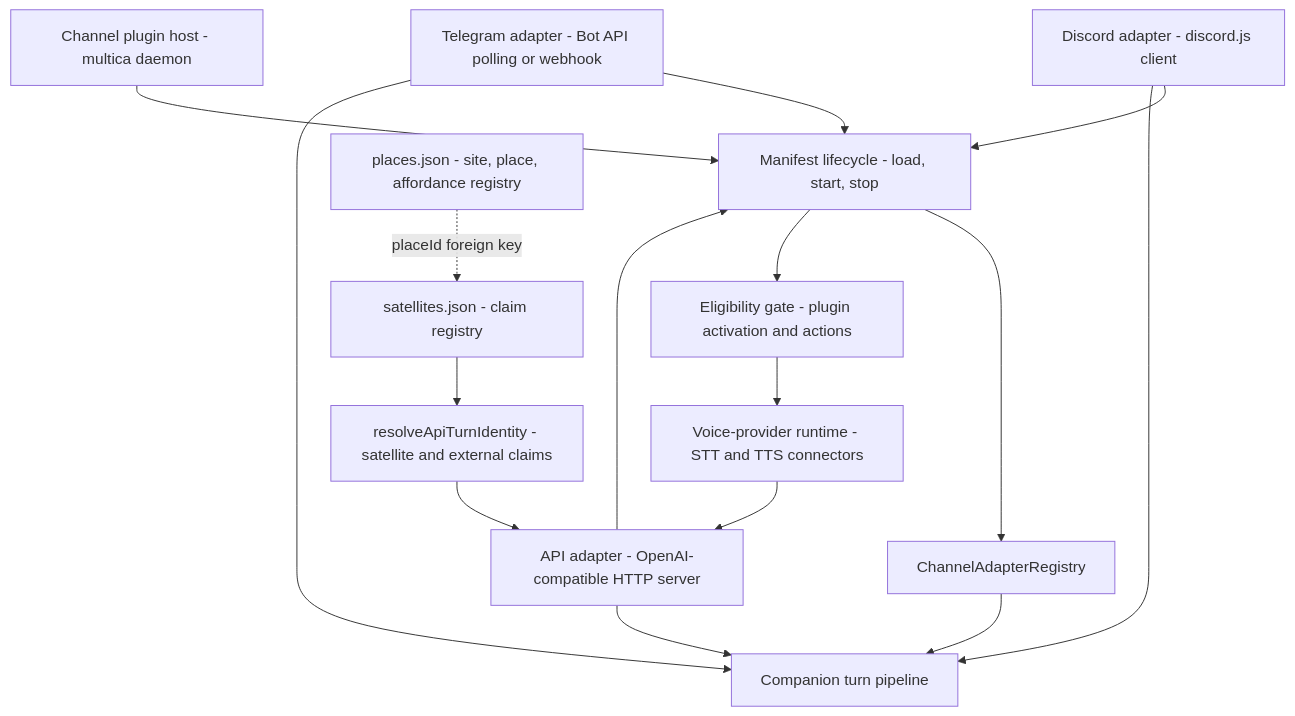
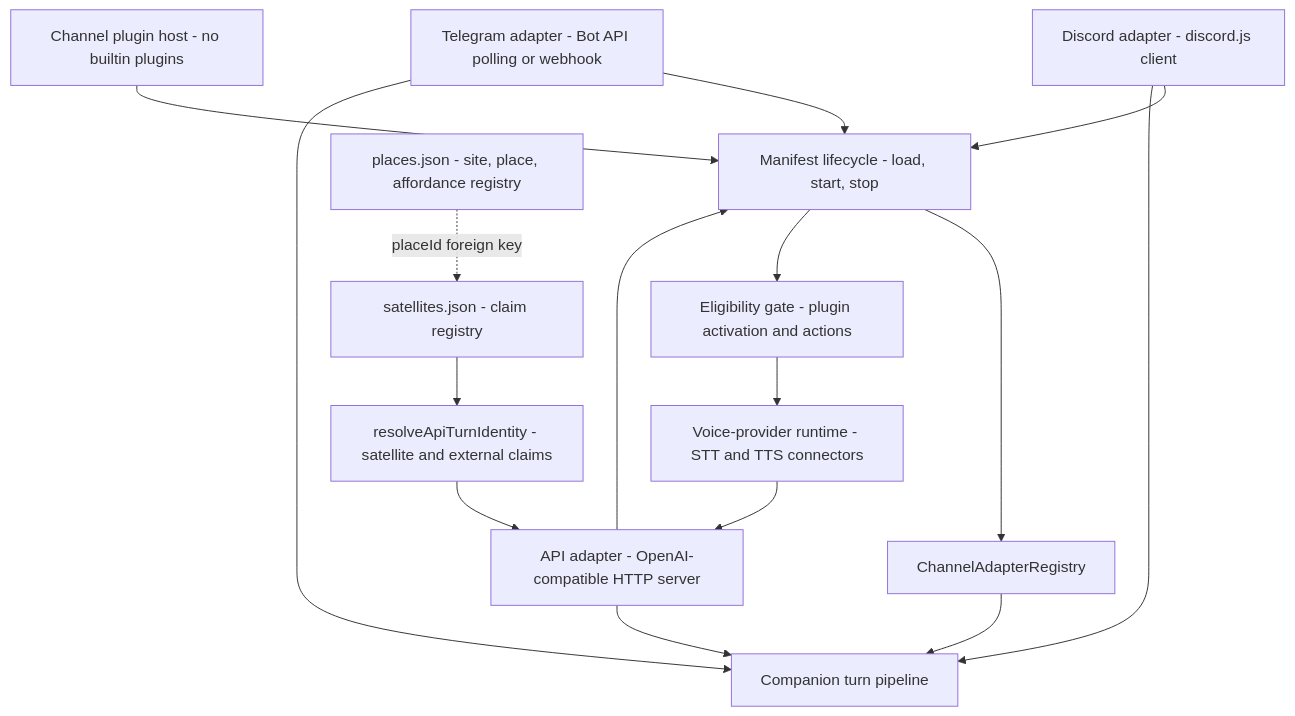
One commit to CGIC-AI/psfn-framework changed the diagram in docs/channels/overview.md. Above: the diagram before and after it, drawn with Mermaid. The commit also changed other lines of this file and 120 other files, not shown here.

First line of the commit message:
chore(channels): remove the Buzz and Multica channel integrations

````diff
--- a/docs/channels/overview.md
+++ b/docs/channels/overview.md
@@ -88,31 +87,31 @@
 ```mermaid
 flowchart TD
     DISCORD["Discord adapter - discord.js client"]
     TELEGRAM["Telegram adapter - Bot API polling or webhook"]
     API["API adapter - OpenAI-compatible HTTP server"]
-    PLUGIN["Channel plugin host - multica daemon"]
+    PLUGIN["Channel plugin host - no builtin plugins"]
     REG["ChannelAdapterRegistry"]
     LIFE["Manifest lifecycle - load, start, stop"]
     ELIG["Eligibility gate - plugin activation and actions"]
     VOICE["Voice-provider runtime - STT and TTS connectors"]
     SAT["satellites.json - claim registry"]
     PLACES["places.json - site, place, affordance registry"]
     PIPELINE["Companion turn pipeline"]
     CLAIM["resolveApiTurnIdentity - satellite and external claims"]
 
     DISCORD --> LIFE
     TELEGRAM --> LIFE
     API --> LIFE
     PLUGIN --> LIFE
     LIFE --> REG
     LIFE --> ELIG
     ELIG --> VOICE
     VOICE --> API
     SAT --> CLAIM
     CLAIM --> API
     PLACES -. placeId foreign key .-> SAT
     REG --> PIPELINE
     DISCORD --> PIPELINE
     TELEGRAM --> PIPELINE
     API --> PIPELINE
 ```
````
